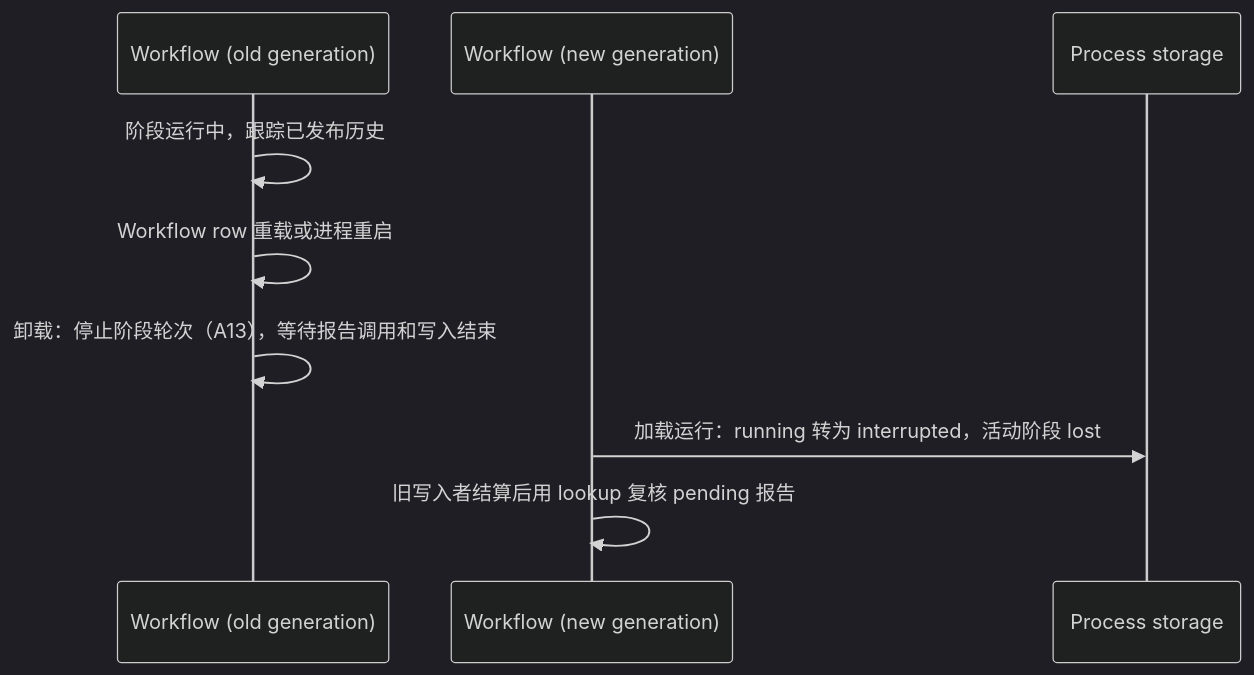
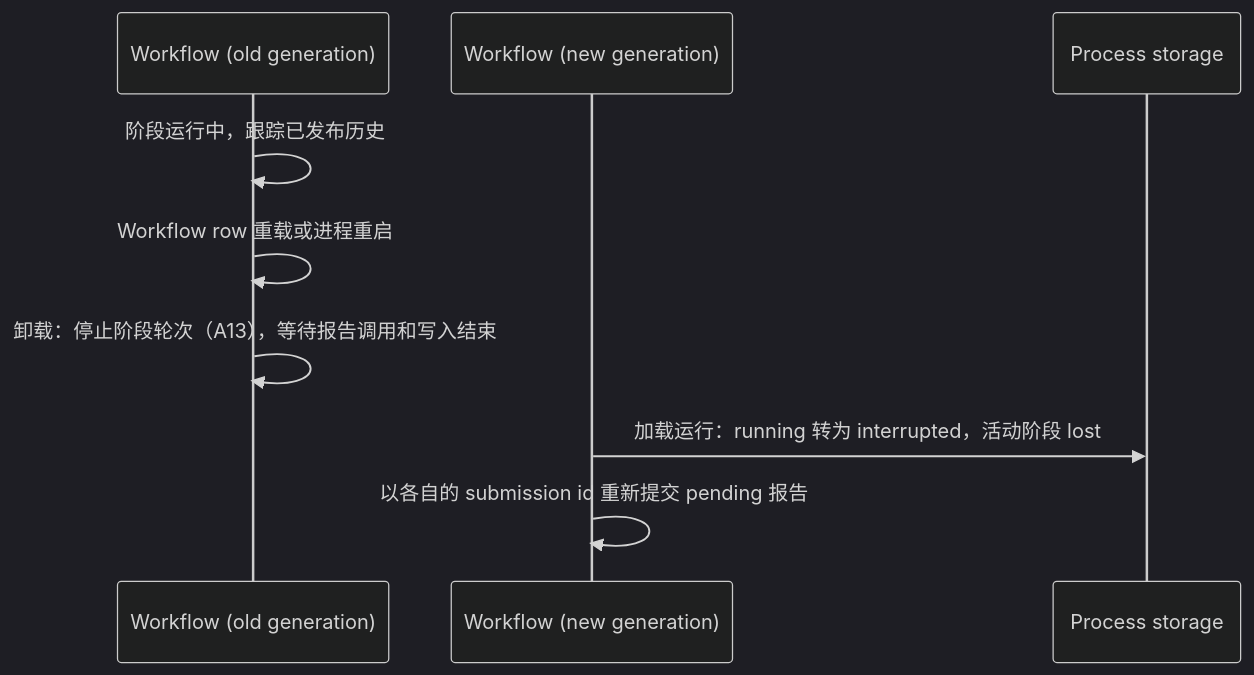
One commit to CoutinhoTTS/dim-agent changed the sixth of 6 diagrams in docs/zh/design/plugins/Workflow.md. Above: the diagram before and after it, drawn with Mermaid (dark theme). The commit also changed other lines of this file and 40 other files, not shown here.

````diff
--- a/docs/zh/design/plugins/Workflow.md
+++ b/docs/zh/design/plugins/Workflow.md
@@ -270,11 +267,11 @@
 ```mermaid
 sequenceDiagram
   participant WF as Workflow (old generation)
   participant WF2 as Workflow (new generation)
   participant ST as Process storage
   WF->>WF: 阶段运行中，跟踪已发布历史
   WF->>WF: Workflow row 重载或进程重启
   WF->>WF: 卸载：停止阶段轮次（A13），等待报告调用和写入结束
   WF2->>ST: 加载运行：running 转为 interrupted，活动阶段 lost
-  WF2->>WF2: 旧写入者结算后用 lookup 复核 pending 报告
+  WF2->>WF2: 以各自的 submission id 重新提交 pending 报告
 ```
````
